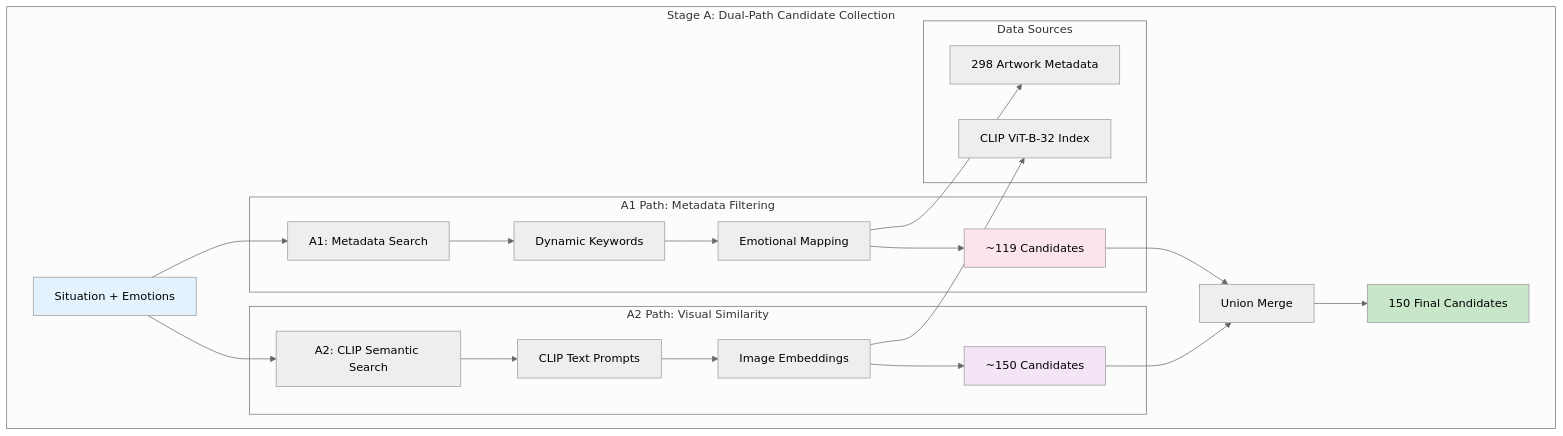
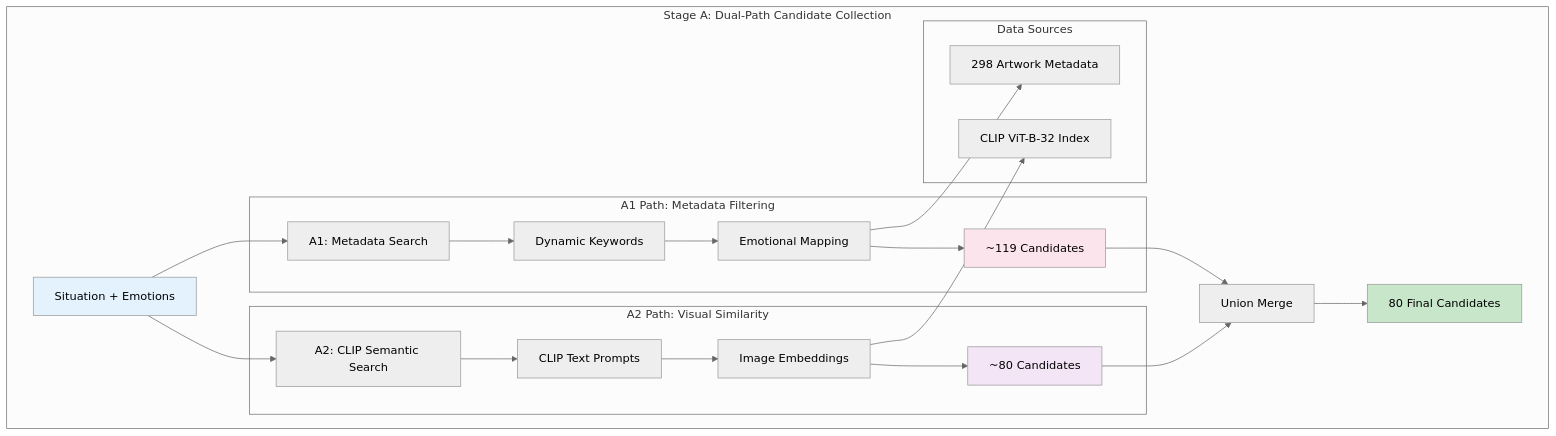
One commit to Arti-Team/Arti_prototype changed the fourth of 11 diagrams in art_curation_engine/README.md. Above: the diagram before and after it, drawn with Mermaid (neutral theme). The commit also changed other lines of this file and 11 other files, not shown here.

````diff
--- a/art_curation_engine/README.md
+++ b/art_curation_engine/README.md
@@ -297,36 +297,36 @@
 ```mermaid
 graph TB
     subgraph "Stage A: Dual-Path Candidate Collection"
         A[Situation + Emotions] --> B[A1: Metadata Search]
         A --> C[A2: CLIP Semantic Search]
         
         subgraph "A1 Path: Metadata Filtering"
             B --> D[Dynamic Keywords]
             D --> E[Emotional Mapping]
             E --> F[~119 Candidates]
         end
         
         subgraph "A2 Path: Visual Similarity"
             C --> G[CLIP Text Prompts]
             G --> H[Image Embeddings]
-            H --> I[~150 Candidates]
+            H --> I[~80 Candidates]
         end
         
         F --> J[Union Merge]
         I --> J
-        J --> K[150 Final Candidates]
+        J --> K[80 Final Candidates]
         
         subgraph "Data Sources"
             L[298 Artwork Metadata]
             M[CLIP ViT-B-32 Index]
         end
         
         E --> L
         H --> M
     end
     
     style A fill:#e3f2fd
     style K fill:#c8e6c9
     style F fill:#fce4ec
     style I fill:#f3e5f5
 ```
````
